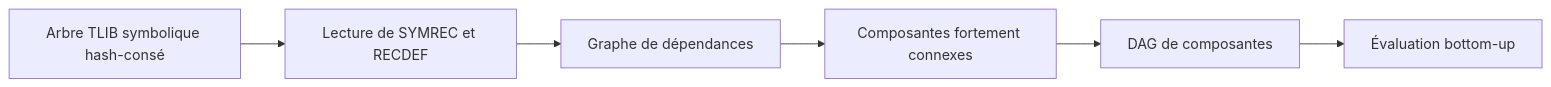
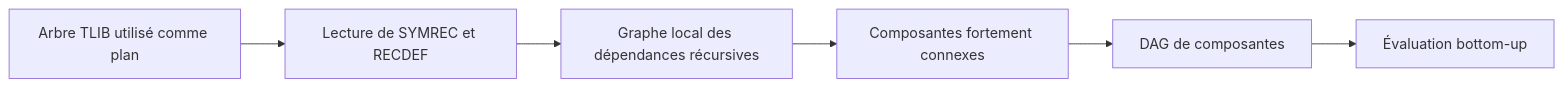
One commit to orlarey/signals changed the first of 2 diagrams in ATTRIBUTE-FIXPOINT-SPEC.md. Above: the diagram before and after it, drawn with Mermaid. The commit also changed other lines of this file and 13 other files, not shown here.

````diff
--- a/ATTRIBUTE-FIXPOINT-SPEC.md
+++ b/ATTRIBUTE-FIXPOINT-SPEC.md
@@ -149,8 +169,8 @@
 ```mermaid
 flowchart LR
-    T[Arbre TLIB symbolique hash-consé] --> R[Lecture de SYMREC et RECDEF]
-    R --> G[Graphe de dépendances]
+    T[Arbre TLIB utilisé comme plan] --> R[Lecture de SYMREC et RECDEF]
+    R --> G[Graphe local des dépendances récursives]
     G --> S[Composantes fortement connexes]
     S --> D[DAG de composantes]
     D --> E[Évaluation bottom-up]
 ```
````
